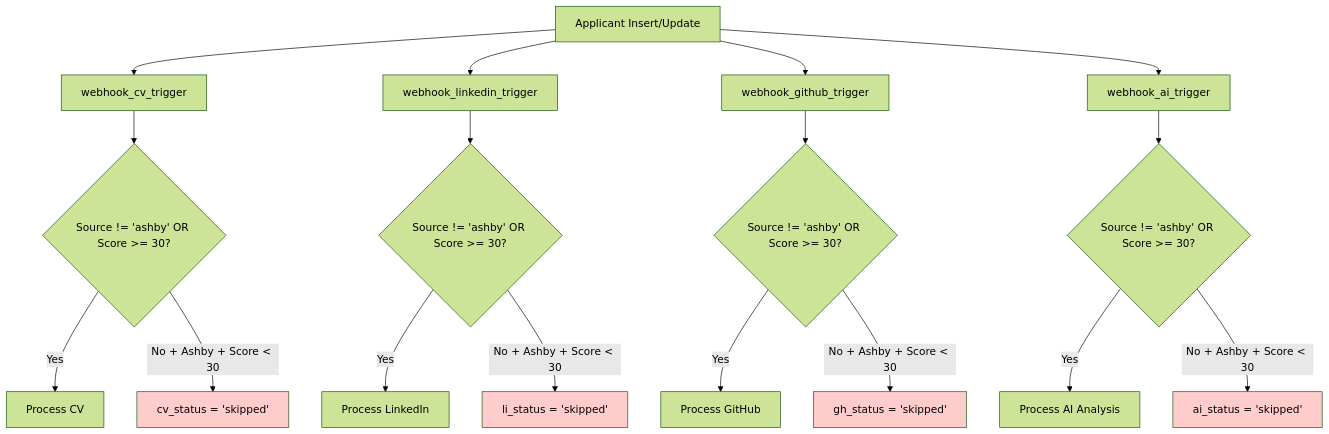
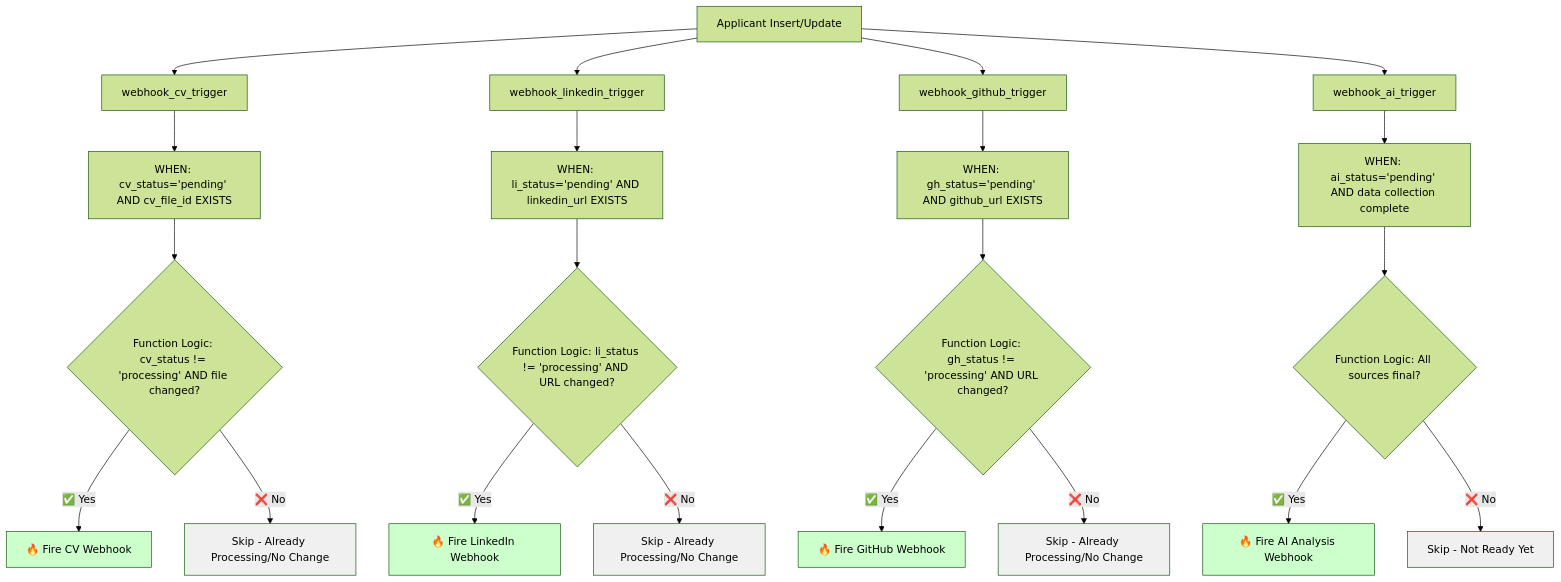
Before and after one commit to mousberg/le-commit: the second of 4 diagrams in docs/ashby-applicant-processing-flow.md, drawn with Mermaid (forest theme). The commit also changed other lines of this file and 3 other files, not shown here.

````diff
--- a/docs/ashby-applicant-processing-flow.md
+++ b/docs/ashby-applicant-processing-flow.md
@@ -77,29 +77,36 @@
 ```mermaid
 flowchart TD
     A[Applicant Insert/Update] --> B[webhook_cv_trigger]
     A --> C[webhook_linkedin_trigger]
     A --> D[webhook_github_trigger] 
     A --> E[webhook_ai_trigger]
     
-    B --> F{Source != 'ashby' OR Score >= 30?}
-    C --> G{Source != 'ashby' OR Score >= 30?}
-    D --> H{Source != 'ashby' OR Score >= 30?}
-    E --> I{Source != 'ashby' OR Score >= 30?}
+    B --> F[WHEN: cv_status='pending' AND cv_file_id EXISTS]
+    C --> G[WHEN: li_status='pending' AND linkedin_url EXISTS]
+    D --> H[WHEN: gh_status='pending' AND github_url EXISTS]
+    E --> I[WHEN: ai_status='pending' AND data collection complete]
     
-    F -->|Yes| J[Process CV]
-    F -->|No + Ashby + Score < 30| K[cv_status = 'skipped']
+    F --> J{Function Logic: cv_status != 'processing' AND file changed?}
+    G --> K{Function Logic: li_status != 'processing' AND URL changed?}
+    H --> L{Function Logic: gh_status != 'processing' AND URL changed?}
+    I --> M{Function Logic: All sources final?}
     
-    G -->|Yes| L[Process LinkedIn]
-    G -->|No + Ashby + Score < 30| M[li_status = 'skipped']
+    J -->|✅ Yes| N[🔥 Fire CV Webhook]
+    K -->|✅ Yes| O[🔥 Fire LinkedIn Webhook]
+    L -->|✅ Yes| P[🔥 Fire GitHub Webhook]
+    M -->|✅ Yes| Q[🔥 Fire AI Analysis Webhook]
     
-    H -->|Yes| N[Process GitHub]  
-    H -->|No + Ashby + Score < 30| O[gh_status = 'skipped']
+    J -->|❌ No| R[Skip - Already Processing/No Change]
+    K -->|❌ No| S[Skip - Already Processing/No Change]
+    L -->|❌ No| T[Skip - Already Processing/No Change]
+    M -->|❌ No| U[Skip - Not Ready Yet]
     
-    I -->|Yes| P[Process AI Analysis]
-    I -->|No + Ashby + Score < 30| Q[ai_status = 'skipped']
-    
-    style K fill:#ffcccc
-    style M fill:#ffcccc
-    style O fill:#ffcccc
-    style Q fill:#ffcccc
+    style N fill:#ccffcc
+    style O fill:#ccffcc
+    style P fill:#ccffcc
+    style Q fill:#ccffcc
+    style R fill:#f0f0f0
+    style S fill:#f0f0f0
+    style T fill:#f0f0f0
+    style U fill:#f0f0f0
 ```
````
